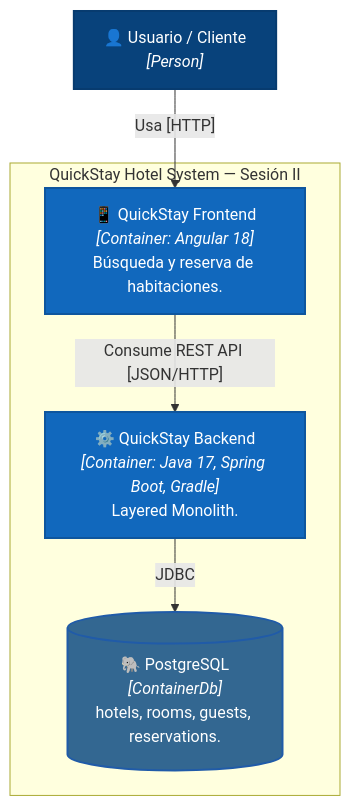
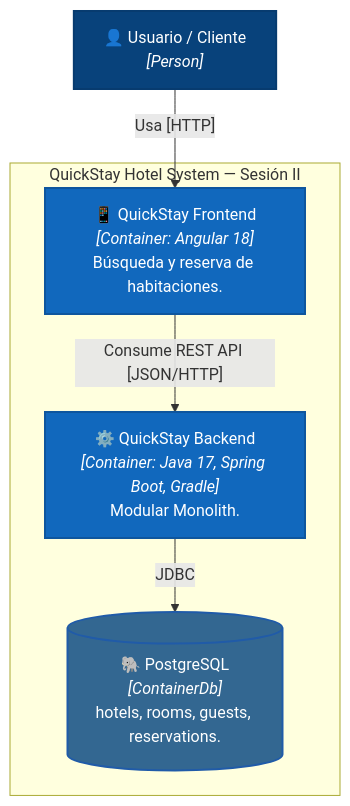
Before and after one commit to robertoq17/quickstay-hotel: the second of 3 diagrams in README.md, drawn with Mermaid. The commit also changed other lines of this file and 42 other files, not shown here.

````diff
--- a/README.md
+++ b/README.md
@@ -150,22 +174,22 @@
 ```mermaid
 graph TD
     user["👤 Usuario / Cliente<br/><i>[Person]</i>"]
 
     subgraph SystemBoundary["QuickStay Hotel System — Sesión II"]
         frontend["📱 QuickStay Frontend<br/><i>[Container: Angular 18]</i><br/>Búsqueda y reserva de habitaciones."]
-        backend["⚙️ QuickStay Backend<br/><i>[Container: Java 17, Spring Boot, Gradle]</i><br/>Layered Monolith."]
+        backend["⚙️ QuickStay Backend<br/><i>[Container: Java 17, Spring Boot, Gradle]</i><br/>Modular Monolith."]
         database[("🐘 PostgreSQL<br/><i>[ContainerDb]</i><br/>hotels, rooms, guests, reservations.")]
     end
 
     user -->|"Usa [HTTP]"| frontend
     frontend -->|"Consume REST API [JSON/HTTP]"| backend
     backend -->|"JDBC"| database
 
     classDef person fill:#08427b,color:#fff,stroke:#073b6f,stroke-width:2px;
     classDef container fill:#1168bd,color:#fff,stroke:#0e569e,stroke-width:2px;
     classDef db fill:#336791,color:#fff,stroke:#205ba8,stroke-width:2px;
 
     class user person;
     class frontend,backend container;
     class database db;
 ```
````
